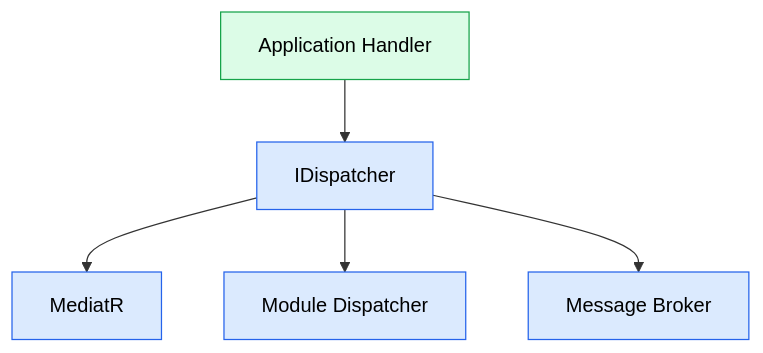
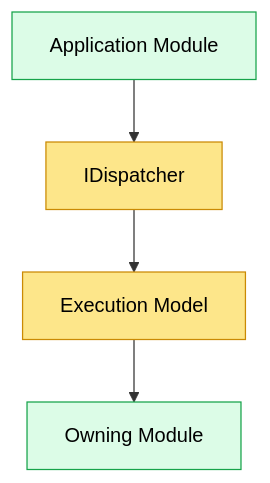
Before and after one commit to soufiane-rizk/Jobwize: the first of 3 diagrams in docs/architecture/06-module-communication.md, drawn with Mermaid. The commit also changed other lines of this file and 164 other files, not shown here.

First line of the commit message:
Establish Backend Architecture Foundation (#23)

````diff
--- a/docs/architecture/06-module-communication.md
+++ b/docs/architecture/06-module-communication.md
@@ -38,25 +36,23 @@
 ```mermaid
 flowchart TD
 
-    A["Application Handler"]
+    ModuleA["Application Module"]
 
-    D["IDispatcher"]
+    Dispatcher["IDispatcher"]
 
-    M["MediatR"]
+    Execution["Execution Model"]
 
-    Q["Module Dispatcher"]
+    ModuleB["Owning Module"]
 
-    B["Message Broker"]
+    ModuleA --> Dispatcher
 
-    A --> D
+    Dispatcher --> Execution
 
-    D --> M
-    D --> Q
-    D --> B
+    Execution --> ModuleB
 
-    classDef application fill:#dcfce7,stroke:#16a34a,color:#000;
-    classDef infrastructure fill:#dbeafe,stroke:#2563eb,color:#000;
+    classDef module fill:#dcfce7,stroke:#16a34a,color:#000;
+    classDef runtime fill:#fde68a,stroke:#ca8a04,color:#000;
 
-    class A application;
-    class D,M,Q,B infrastructure;
+    class ModuleA,ModuleB module;
+    class Dispatcher,Execution runtime;
 ```
````
